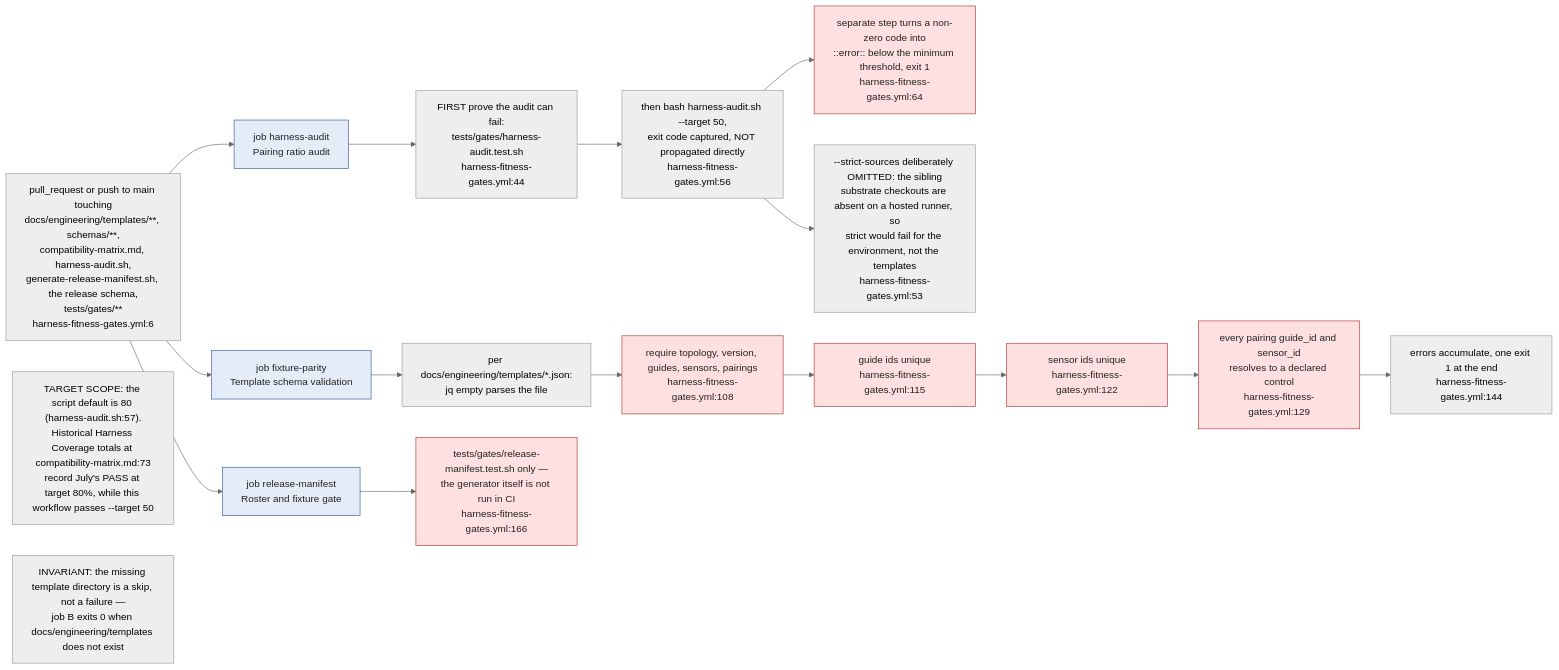
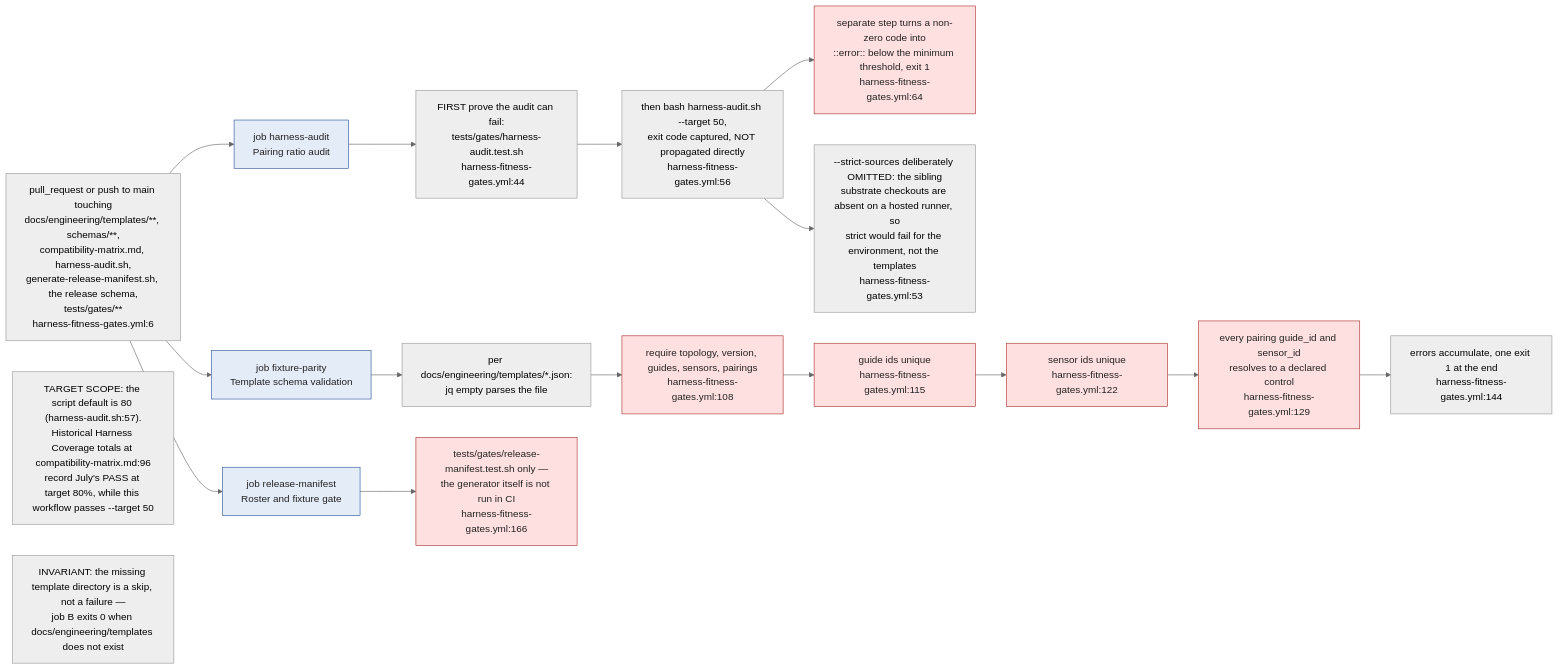
Before and after one commit to DreamLab-AI/VisionFlow: the seventh of 13 diagrams in docs/diagrams/visionflow/05-governance-gates.md, drawn with Mermaid (neutral theme). The commit also changed other lines of this file and 7 other files, not shown here.

````diff
--- a/docs/diagrams/visionflow/05-governance-gates.md
+++ b/docs/diagrams/visionflow/05-governance-gates.md
@@ -305,28 +310,28 @@
 ```mermaid
 flowchart LR
     classDef job fill:#e4ecf8,stroke:#33559a,color:#222
     classDef block fill:#ffe0e0,stroke:#aa3333,color:#222
 
     TRIG["pull_request or push to main touching<br/>docs/engineering/templates/**, schemas/**,<br/>compatibility-matrix.md, harness-audit.sh,<br/>generate-release-manifest.sh, the release schema,<br/>tests/gates/**<br/>harness-fitness-gates.yml:6"]
 
     TRIG --> A["job harness-audit<br/>Pairing ratio audit"]:::job
     TRIG --> B["job fixture-parity<br/>Template schema validation"]:::job
     TRIG --> C["job release-manifest<br/>Roster and fixture gate"]:::job
 
     A --> A1["FIRST prove the audit can fail:<br/>tests/gates/harness-audit.test.sh<br/>harness-fitness-gates.yml:44"]
     A1 --> A2["then bash harness-audit.sh --target 50,<br/>exit code captured, NOT propagated directly<br/>harness-fitness-gates.yml:56"]
     A2 --> A3["separate step turns a non-zero code into<br/>::error:: below the minimum threshold, exit 1<br/>harness-fitness-gates.yml:64"]:::block
     A2 --> A4["--strict-sources deliberately OMITTED: the sibling<br/>substrate checkouts are absent on a hosted runner, so<br/>strict would fail for the environment, not the templates<br/>harness-fitness-gates.yml:53"]
 
     B --> B1["per docs/engineering/templates/*.json:<br/>jq empty parses the file"]
     B1 --> B2["require topology, version, guides, sensors, pairings<br/>harness-fitness-gates.yml:108"]:::block
     B2 --> B3["guide ids unique<br/>harness-fitness-gates.yml:115"]:::block
     B3 --> B4["sensor ids unique<br/>harness-fitness-gates.yml:122"]:::block
     B4 --> B5["every pairing guide_id and sensor_id<br/>resolves to a declared control<br/>harness-fitness-gates.yml:129"]:::block
     B5 --> B6["errors accumulate, one exit 1 at the end<br/>harness-fitness-gates.yml:144"]
 
     C --> C1["tests/gates/release-manifest.test.sh only —<br/>the generator itself is not run in CI<br/>harness-fitness-gates.yml:166"]:::block
 
-    NOTE1["TARGET SCOPE: the script default is 80 (harness-audit.sh:57).<br/>Historical Harness Coverage totals at compatibility-matrix.md:73<br/>record July's PASS at target 80%, while this workflow passes --target 50"]
+    NOTE1["TARGET SCOPE: the script default is 80 (harness-audit.sh:57).<br/>Historical Harness Coverage totals at compatibility-matrix.md:96<br/>record July's PASS at target 80%, while this workflow passes --target 50"]
     NOTE2["INVARIANT: the missing template directory is a skip, not a failure —<br/>job B exits 0 when docs/engineering/templates does not exist"]
 ```
````
